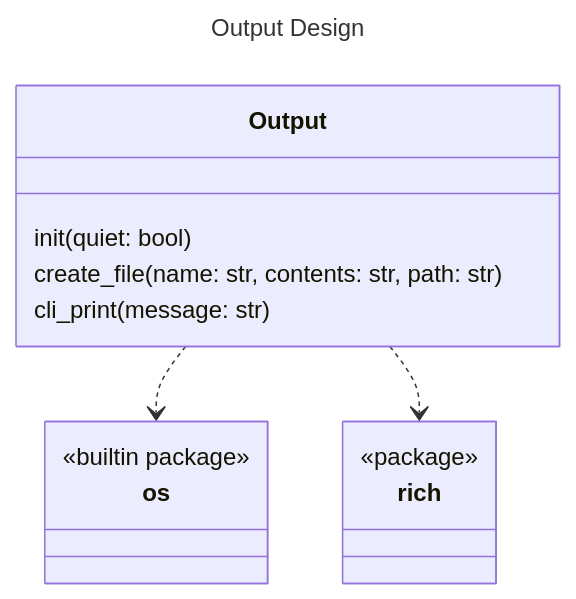
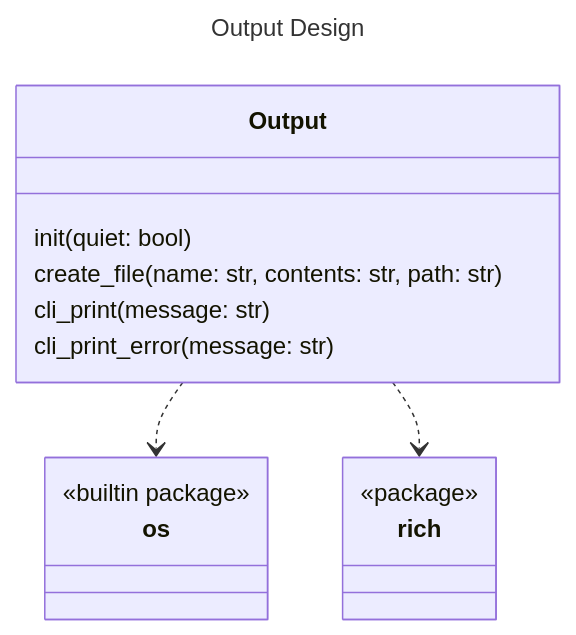
The diagram in docs/assets/src/output_design.mmd (Oldranda1414/AutoDev), drawn with Mermaid before and after one commit. The commit also changed 4 other files, not shown here.

```diff
--- a/docs/assets/src/output_design.mmd
+++ b/docs/assets/src/output_design.mmd
@@ -1,20 +1,21 @@
 ---
 title: Output Design
 ---
 classDiagram
     class Output {
         init(quiet: bool)
         create_file(name: str, contents: str, path: str)
         cli_print(message: str)
+        cli_print_error(message: str)
     }
 
     class os {
         <<builtin package>>
     }
 
     class rich {
         <<package>>
     }
 
     Output ..> os
     Output ..> rich
```
